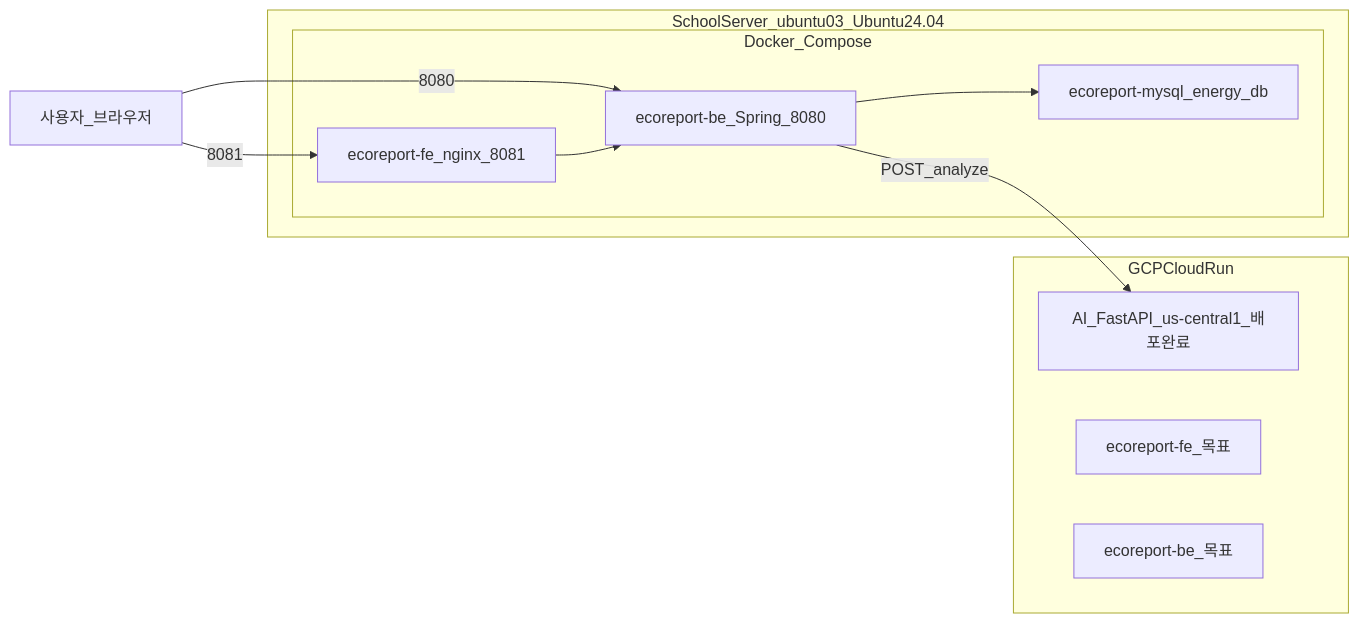
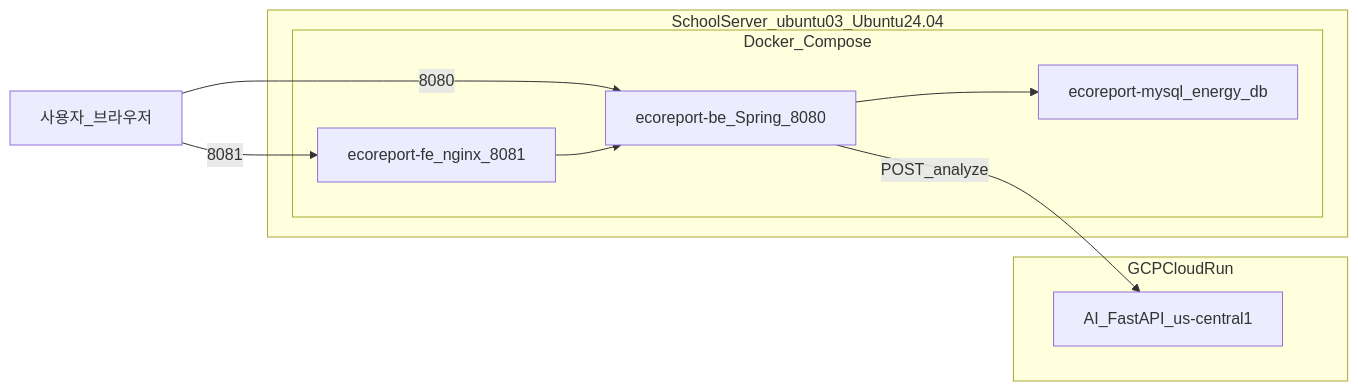
The fourth of 4 diagrams in docs/최종 제안서/6_시스템구조.md (ravenkim/sundry_study), drawn with Mermaid before and after one commit. The commit also changed other lines of this file and 10 other files, not shown here.

````diff
--- a/docs/최종 제안서/6_시스템구조.md
+++ b/docs/최종 제안서/6_시스템구조.md
@@ -258,22 +237,20 @@
 ```mermaid
 flowchart LR
   subgraph school [SchoolServer_ubuntu03_Ubuntu24.04]
     subgraph docker [Docker_Compose]
       FE8081[ecoreport-fe_nginx_8081]
       BE8080[ecoreport-be_Spring_8080]
       MySQL3306[ecoreport-mysql_energy_db]
     end
   end
 
   subgraph gcp [GCPCloudRun]
-    CR_AI[AI_FastAPI_us-central1_배포완료]
-    CR_FE[ecoreport-fe_목표]
-    CR_BE[ecoreport-be_목표]
+    CR_AI[AI_FastAPI_us-central1]
   end
 
   User[사용자_브라우저] -->|8081| FE8081
   User -->|8080| BE8080
   FE8081 --> BE8080
   BE8080 --> MySQL3306
   BE8080 -->|POST_analyze| CR_AI
 ```
````
